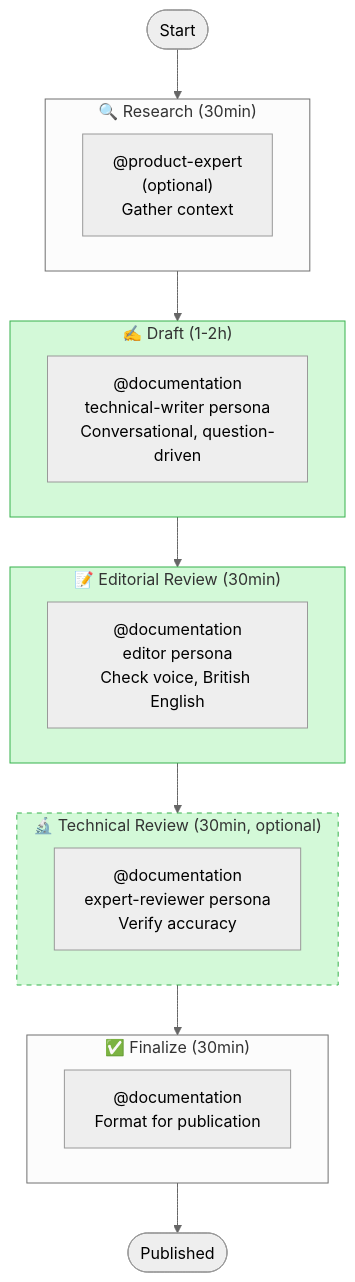
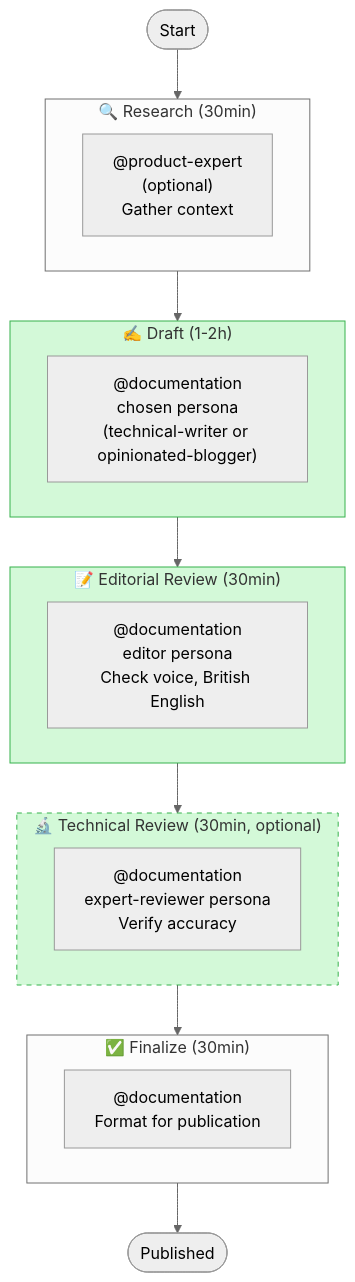
The diagram in context/docs/workflow-documentation-for-humans.md (Schmoiger/start-here), drawn with Mermaid (neutral theme) before and after one commit. The commit also changed other lines of this file and 4 other files, not shown here.

````diff
--- a/context/docs/workflow-documentation-for-humans.md
+++ b/context/docs/workflow-documentation-for-humans.md
@@ -40,40 +40,40 @@
 ```mermaid
 flowchart TD
     start([Start]) --> research
 
     subgraph research["🔍 Research (30min)"]
         pe["@product-expert<br/>(optional)<br/>Gather context"]
     end
 
     research --> draft
 
     subgraph draft["✍️ Draft (1-2h)"]
-        doc1["@documentation<br/>technical-writer persona<br/>Conversational, question-driven"]
+        doc1["@documentation<br/>chosen persona<br/>(technical-writer or opinionated-blogger)"]
     end
 
     draft --> review
 
     subgraph review["📝 Editorial Review (30min)"]
         doc2["@documentation<br/>editor persona<br/>Check voice, British English"]
     end
 
     review --> tech_review
 
     subgraph tech_review["🔬 Technical Review (30min, optional)"]
         doc3["@documentation<br/>expert-reviewer persona<br/>Verify accuracy"]
     end
 
     tech_review --> finalize
 
     subgraph finalize["✅ Finalize (30min)"]
         doc4["@documentation<br/>Format for publication"]
     end
 
     finalize --> finish([Published])
 
     classDef optionalStyle fill:#e9ecef,stroke:#868e96,stroke-dasharray: 5 5
     classDef personaStyle fill:#d3f9d8,stroke:#37b24d
 
     class tech_review optionalStyle
     class draft,review,tech_review personaStyle
 ```
````
